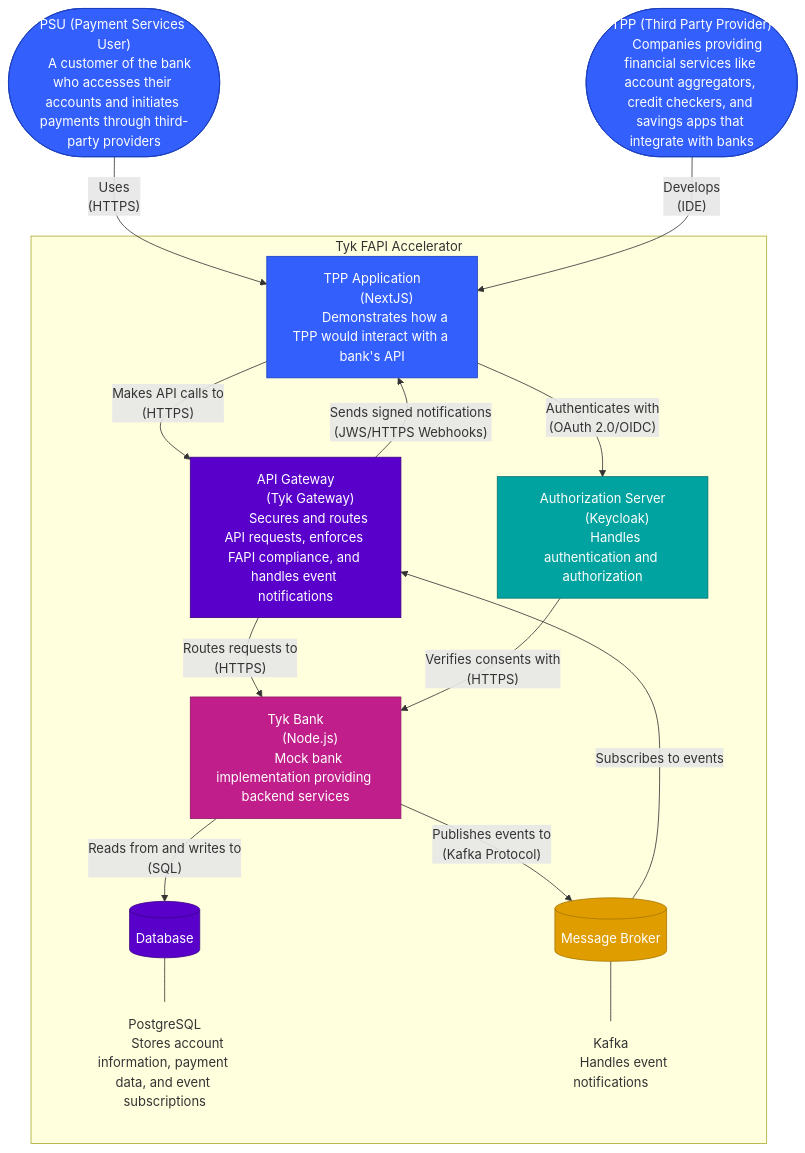
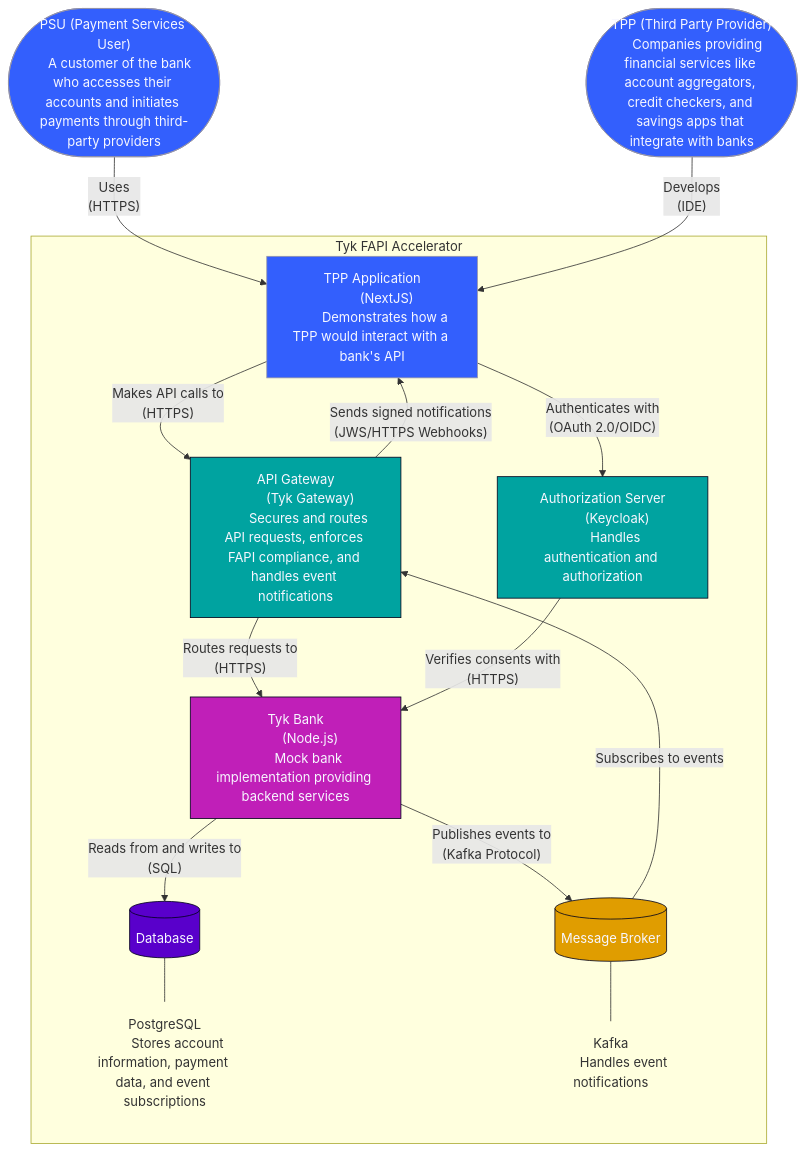
One commit to TykTechnologies/tyk-docs-hugo changed the second of 4 diagrams in tyk-docs/content/use-cases/open-banking.md. Above: the diagram before and after it, drawn with Mermaid. The commit also changed other lines of this file, not shown here.

````diff
--- a/tyk-docs/content/use-cases/open-banking.md
+++ b/tyk-docs/content/use-cases/open-banking.md
@@ -82,76 +82,76 @@
 ```mermaid
 flowchart TB
     %% People/Actors
     psu(["PSU (Payment Services User)
     A customer of the bank who accesses their accounts and initiates payments through third-party providers"])
     tpp(["TPP (Third Party Provider)
     Companies providing financial services like account aggregators, credit checkers, and savings apps that integrate with banks"])
     
     %% Tyk FAPI Accelerator System with Containers
     subgraph tykFAPI ["Tyk FAPI Accelerator"]
         tppApp["TPP Application
         (NextJS)
         Demonstrates how a TPP would interact with a bank's API"]
         apiGateway["API Gateway
         (Tyk Gateway)
         Secures and routes API requests, enforces FAPI compliance, and handles event notifications"]
         authServer["Authorization Server
         (Keycloak)
         Handles authentication and authorization"]
         tykBank["Tyk Bank
         (Node.js)
         Mock bank implementation providing backend services"]
         database[(Database)]
         databaseLabel["PostgreSQL
         Stores account information, payment data, and event subscriptions"]
         kafka[(Message Broker)]
         kafkaLabel["Kafka
         Handles event notifications"]
     end
     
     %% Connect labels to database and kafka
     database --- databaseLabel
     kafka --- kafkaLabel
     
     %% Relationships
     psu -->|"Uses
     (HTTPS)"| tppApp
     tpp -->|"Develops
     (IDE)"| tppApp
     tppApp -->|"Makes API calls to
     (HTTPS)"| apiGateway
     tppApp -->|"Authenticates with
     (OAuth 2.0/OIDC)"| authServer
     apiGateway -->|"Routes requests to
     (HTTPS)"| tykBank
     authServer -->|"Verifies consents with
     (HTTPS)"| tykBank
     tykBank -->|"Reads from and writes to
     (SQL)"| database
     tykBank -->|"Publishes events to
     (Kafka Protocol)"| kafka
     
     %% Event notification flow
     kafka -->|"Subscribes to events"| apiGateway
     apiGateway -->|"Sends signed notifications
     (JWS/HTTPS Webhooks)"| tppApp
     
     %% Styling
-    classDef person fill:#335FFD,color:#fff,stroke:#1A3FBD
-    classDef tppStyle fill:#335FFD,color:#fff,stroke:#1A3FBD
-    classDef component fill:#5900CB,color:#fff,stroke:#3D0087
-    classDef authStyle fill:#00A3A0,color:#fff,stroke:#007370
-    classDef bankStyle fill:#C01F8B,color:#fff,stroke:#901568
-    classDef kafkaStyle fill:#E09D00,color:#fff,stroke:#A87700
-    classDef database fill:#5900CB,color:#fff,stroke:#3D0087
+    classDef person fill:#335FFD,color:#F7F7FF,stroke:#9393AA
+    classDef tppStyle fill:#335FFD,color:#F7F7FF,stroke:#9393AA
+    classDef component fill:#00A3A0,color:#F7F7FF,stroke:#03031C
+    classDef authStyle fill:#00A3A0,color:#F7F7FF,stroke:#03031C
+    classDef bankStyle fill:#C01FB8,color:#F7F7FF,stroke:#03031C
+    classDef kafkaStyle fill:#E09D00,color:#F7F7FF,stroke:#03031C
+    classDef database fill:#5900CB,color:#F7F7FF,stroke:#03031C
     classDef label fill:none,stroke:none
     
     class psu,tpp person
     class tppApp tppStyle
     class apiGateway component
     class authServer authStyle
     class tykBank bankStyle
     class database database
     class kafka kafkaStyle
     class databaseLabel,kafkaLabel label
 ```
````
